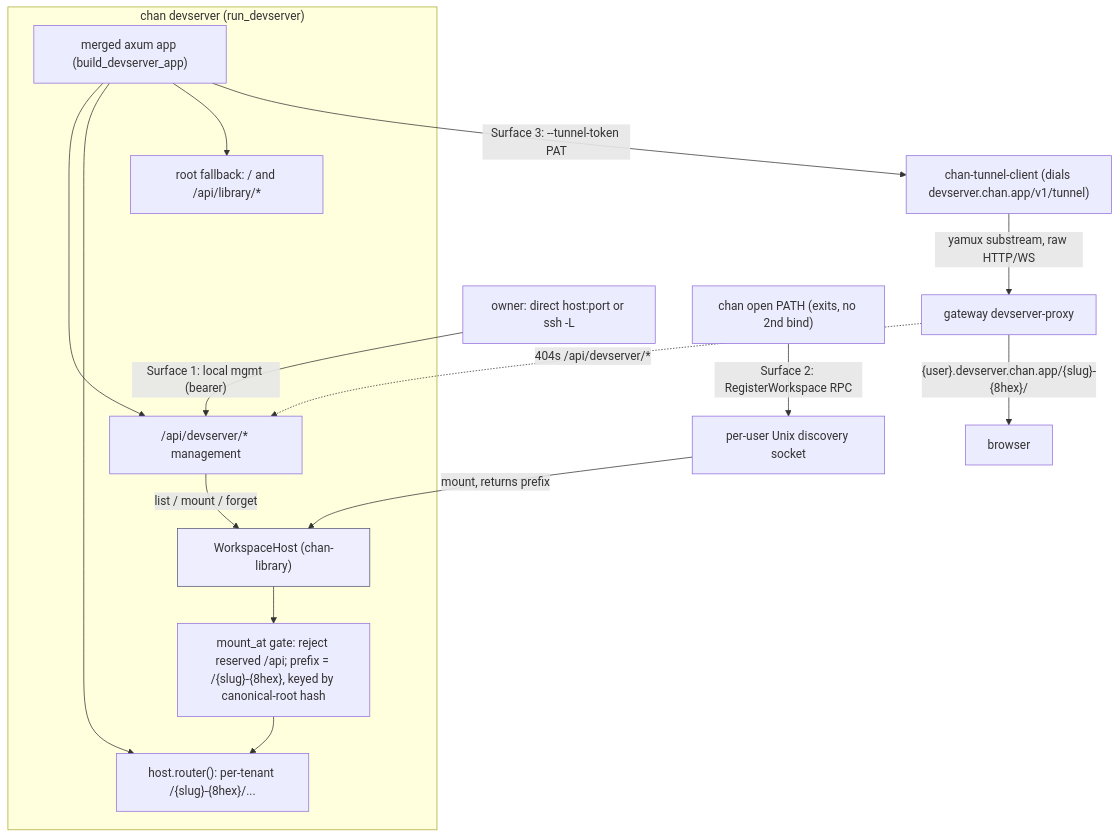
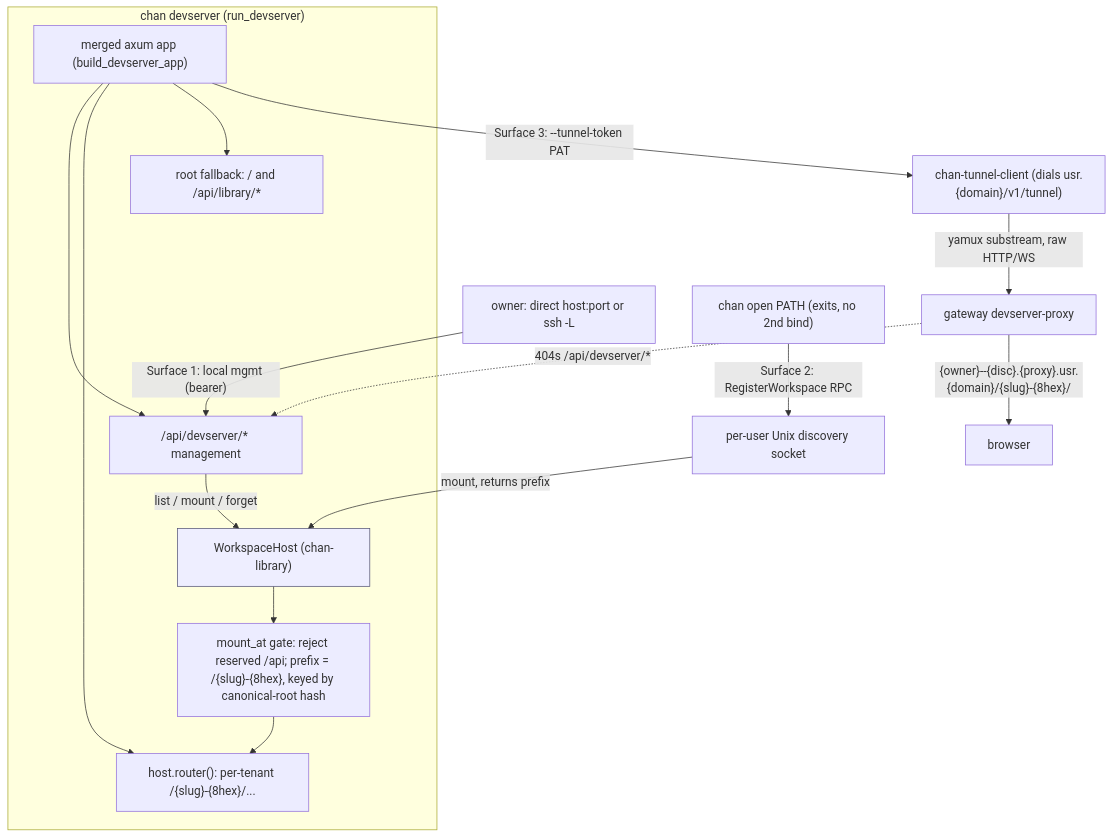
Before and after one commit to fiorix/chan: the second of 2 diagrams in design.md, drawn with Mermaid. The commit also changed other lines of this file and 41 other files, not shown here.

````diff
--- a/design.md
+++ b/design.md
@@ -146,26 +148,26 @@
 ```mermaid
 flowchart TB
   subgraph DV["chan devserver (run_devserver)"]
     Host["WorkspaceHost (chan-library)"]
     Gate["mount_at gate: reject reserved /api; prefix = /{slug}-{8hex}, keyed by canonical-root hash"]
     App["merged axum app (build_devserver_app)"]
     Mgmt["/api/devserver/* management"]
     Tenants["host.router(): per-tenant /{slug}-{8hex}/..."]
     Launcher["root fallback: / and /api/library/*"]
     Host --> Gate
     Gate --> Tenants
     App --> Mgmt
     App --> Tenants
     App --> Launcher
   end
   Owner["owner: direct host:port or ssh -L"] -->|"Surface 1: local mgmt (bearer)"| Mgmt
   Mgmt -->|"list / mount / forget"| Host
   CLI["chan open PATH (exits, no 2nd bind)"] -->|"Surface 2: RegisterWorkspace RPC"| Disc["per-user Unix discovery socket"]
   Disc -->|"mount, returns prefix"| Host
-  App -->|"Surface 3: --tunnel-token PAT"| Tun["chan-tunnel-client (dials devserver.chan.app/v1/tunnel)"]
+  App -->|"Surface 3: --tunnel-token PAT"| Tun["chan-tunnel-client (dials usr.{domain}/v1/tunnel)"]
   Tun -->|"yamux substream, raw HTTP/WS"| Proxy["gateway devserver-proxy"]
-  Proxy -->|"{user}.devserver.chan.app/{slug}-{8hex}/"| Browser["browser"]
+  Proxy -->|"{owner}--{disc}.{proxy}.usr.{domain}/{slug}-{8hex}/"| Browser["browser"]
   Proxy -.->|"404s /api/devserver/*"| Mgmt
   classDef core fill:#eef,stroke:#557;
   class Host core;
 ```
````
